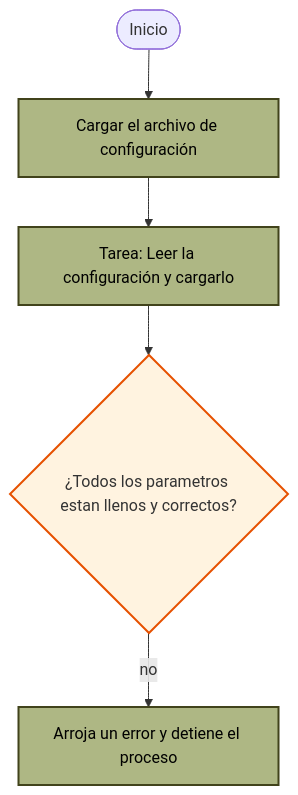
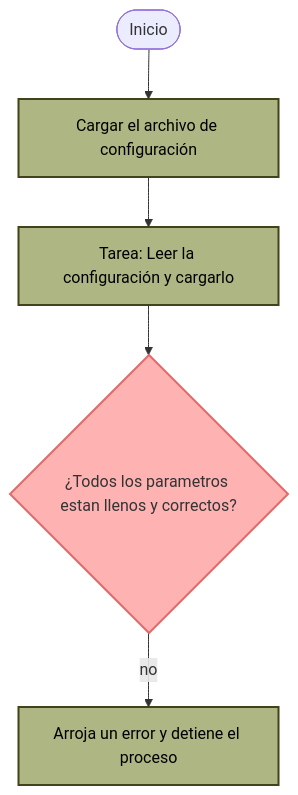
One commit to CristopherDev63/automatizacion-archivos changed the diagram in doc/documentacion_tecnica/index.md. Above: the diagram before and after it, drawn with Mermaid.

Commit message:
documentacion

````diff
--- a/doc/documentacion_tecnica/index.md
+++ b/doc/documentacion_tecnica/index.md
@@ -5,14 +5,14 @@
 ```mermaid 
 graph TD 
     %% Definicion de estilos 
     classDef proceso fill:#AEB784,stroke:#41431B,stroke-width:2px, color: black
-    classDef decision fill:#fff3e0,stroke:#e65100,stroke-width:2px
+    classDef decision fill:#FFB2B2,stroke:#E36A6A,stroke-width:2px, color black
     classDef archivo fill:#f3e5f5,stroke:#4a148c,stroke-width:2px
     classDef movimiento fill:#e8f5e8,stroke:#1b5e20,stroke-width:2px
     classDef verificacion fill:#ffebee,stroke:#b71c1c,stroke-width:2px
 
     Start([Inicio]) --> Config[Cargar el archivo de configuración]:::proceso
     Config --> Tarea_leer_config[Tarea: Leer la configuración y cargarlo]:::proceso
     Tarea_leer_config --> Desicion_orden_contrato{¿Todos los parametros estan llenos y correctos?}:::decision
     Desicion_orden_contrato --> |no| mensaje_error[Arroja un error y detiene el proceso]:::proceso
 ```
````
